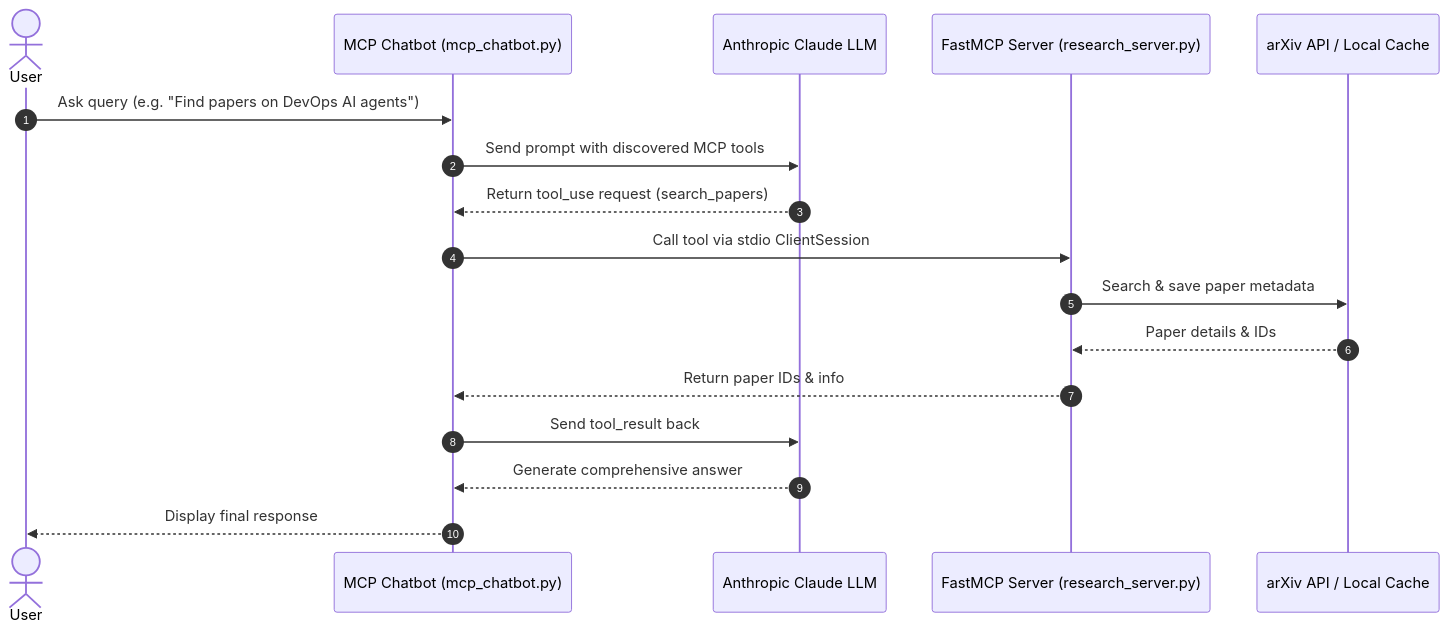
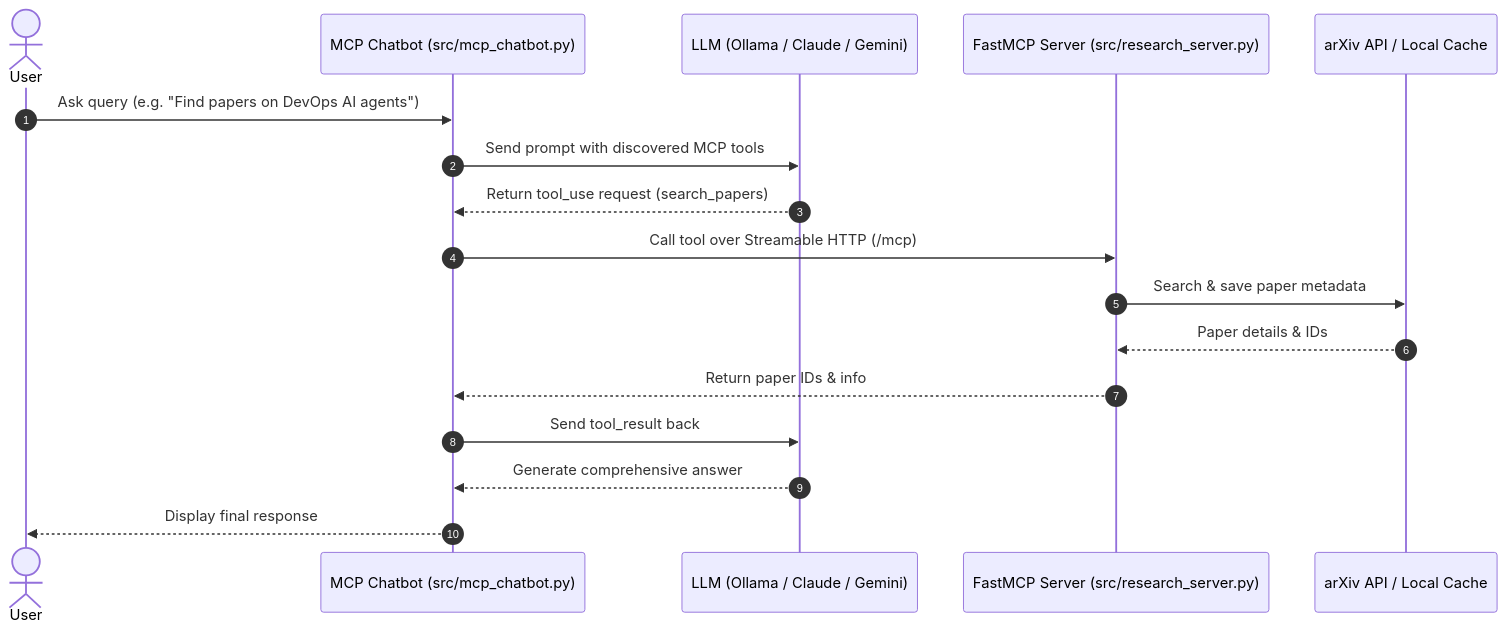
One commit to nosadaniel/learn_ai changed the diagram in learn_mcp/README.md. Above: the diagram before and after it, drawn with Mermaid. The commit also changed other lines of this file and 11 other files, not shown here.

````diff
--- a/learn_mcp/README.md
+++ b/learn_mcp/README.md
@@ -21,20 +21,20 @@
 ```mermaid
 sequenceDiagram
     autonumber
     actor User
-    participant Chatbot as MCP Chatbot (mcp_chatbot.py)
-    participant Claude as Anthropic Claude LLM
-    participant MCPServer as FastMCP Server (research_server.py)
+    participant Chatbot as MCP Chatbot (src/mcp_chatbot.py)
+    participant LLM as LLM (Ollama / Claude / Gemini)
+    participant MCPServer as FastMCP Server (src/research_server.py)
     participant ArXiv as arXiv API / Local Cache
 
     User->>Chatbot: Ask query (e.g. "Find papers on DevOps AI agents")
-    Chatbot->>Claude: Send prompt with discovered MCP tools
-    Claude-->>Chatbot: Return tool_use request (search_papers)
-    Chatbot->>MCPServer: Call tool via stdio ClientSession
+    Chatbot->>LLM: Send prompt with discovered MCP tools
+    LLM-->>Chatbot: Return tool_use request (search_papers)
+    Chatbot->>MCPServer: Call tool over Streamable HTTP (/mcp)
     MCPServer->>ArXiv: Search & save paper metadata
     ArXiv-->>MCPServer: Paper details & IDs
     MCPServer-->>Chatbot: Return paper IDs & info
-    Chatbot->>Claude: Send tool_result back
-    Claude-->>Chatbot: Generate comprehensive answer
+    Chatbot->>LLM: Send tool_result back
+    LLM-->>Chatbot: Generate comprehensive answer
     Chatbot-->>User: Display final response
 ```
````
